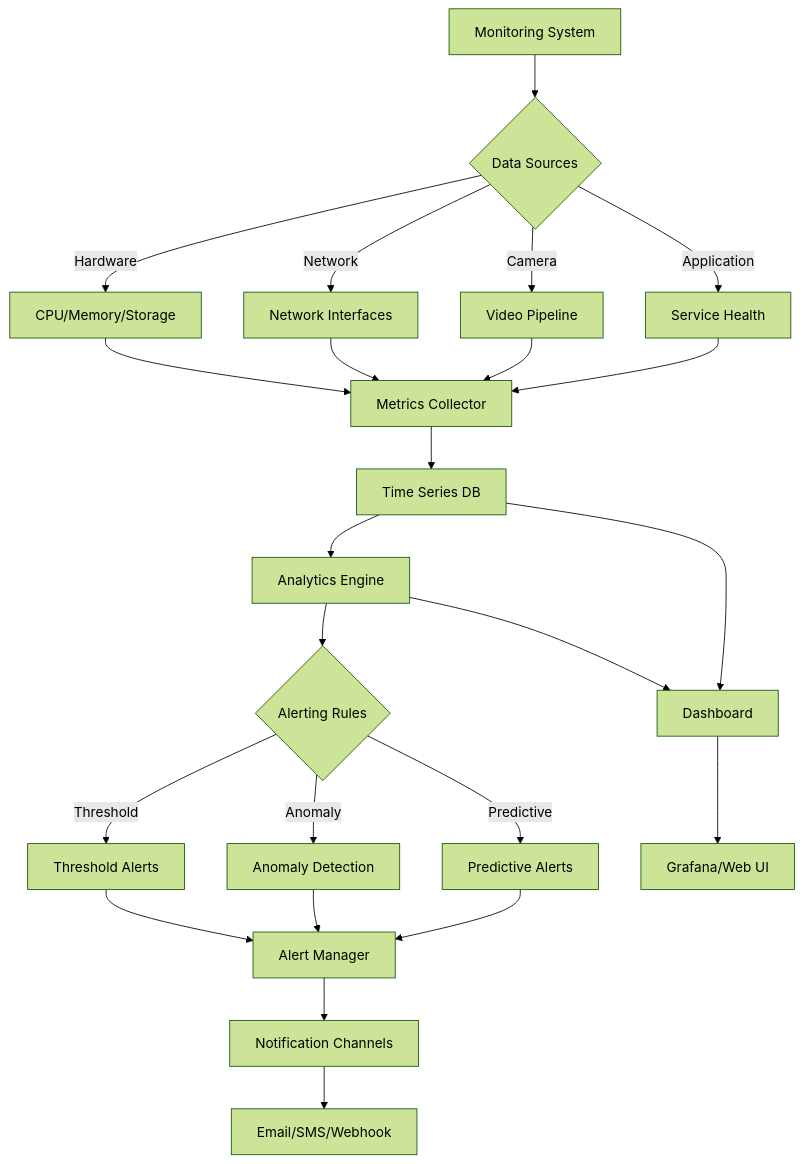
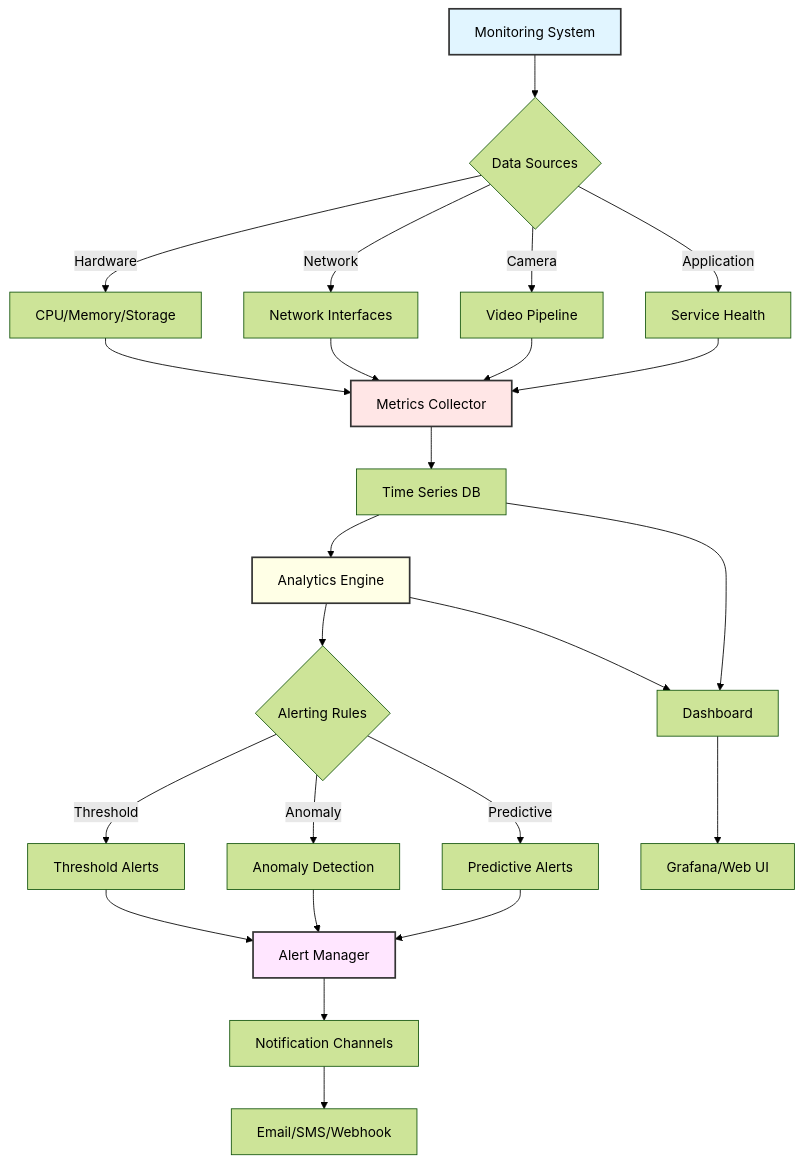
The diagram in docs/operations/monitoring.md (JayeshKakkad-Rotoclear/Rotoclear-C-Pro-Docs), drawn with Mermaid (forest theme) before and after one commit. The commit also changed 14 other files, not shown here.

Commit message:
Improve Mermaid diagram formatting for better presentation - Added better spacing, styling, and layout - Enhanced readability with color coding and proper node alignment - Improved subgraph organization - Better decision tree layouts

````diff
--- a/docs/operations/monitoring.md
+++ b/docs/operations/monitoring.md
@@ -9,33 +9,38 @@
 ```mermaid
 graph TB
     A[Monitoring System] --> B{Data Sources}
     
     B -->|Hardware| C[CPU/Memory/Storage]
     B -->|Network| D[Network Interfaces]
     B -->|Camera| E[Video Pipeline]
     B -->|Application| F[Service Health]
     
     C --> G[Metrics Collector]
     D --> G
     E --> G
     F --> G
     
     G --> H[Time Series DB]
     H --> I[Analytics Engine]
     
     I --> J{Alerting Rules}
     J -->|Threshold| K[Threshold Alerts]
     J -->|Anomaly| L[Anomaly Detection]
     J -->|Predictive| M[Predictive Alerts]
     
     K --> N[Alert Manager]
     L --> N
     M --> N
     
     N --> O[Notification Channels]
     O --> P[Email/SMS/Webhook]
     
     H --> Q[Dashboard]
     I --> Q
     Q --> R[Grafana/Web UI]
+    
+    style A fill:#e1f5ff,stroke:#333,stroke-width:2px
+    style G fill:#ffe6e6,stroke:#333,stroke-width:2px
+    style I fill:#ffffe6,stroke:#333,stroke-width:2px
+    style N fill:#ffe6ff,stroke:#333,stroke-width:2px
 ```
````
